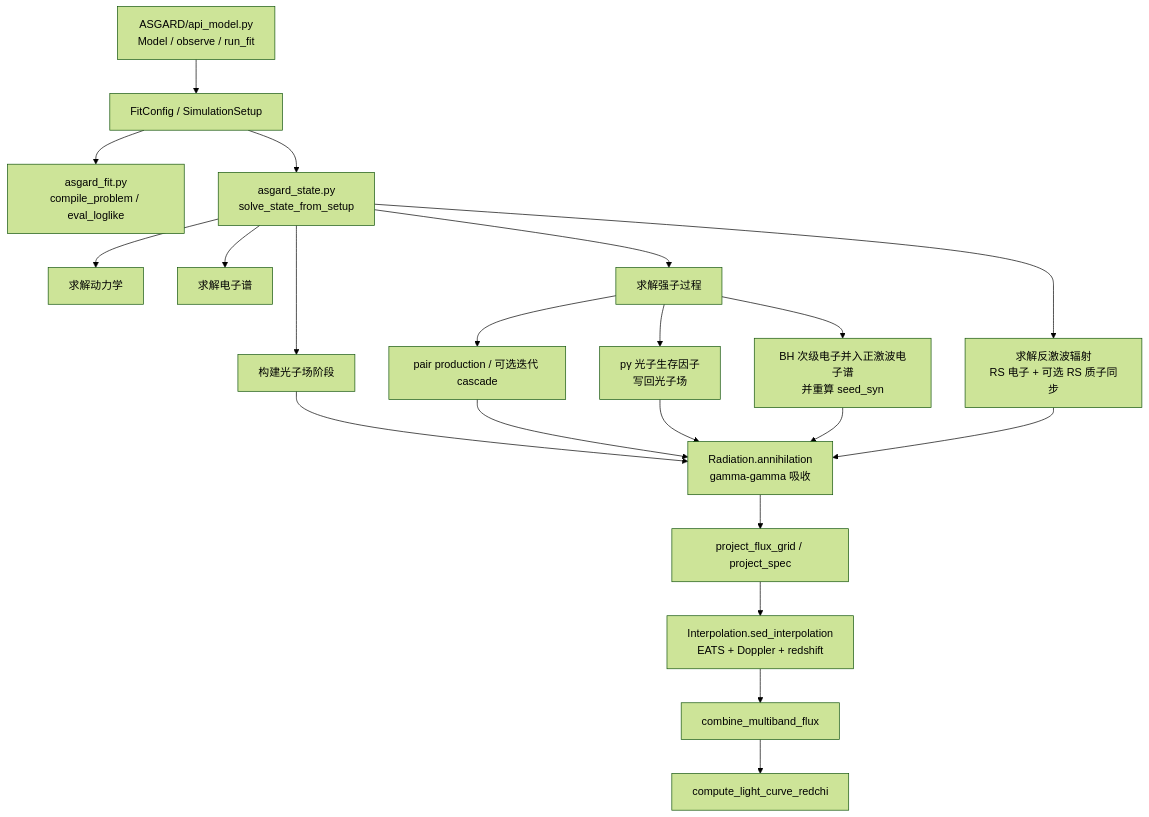
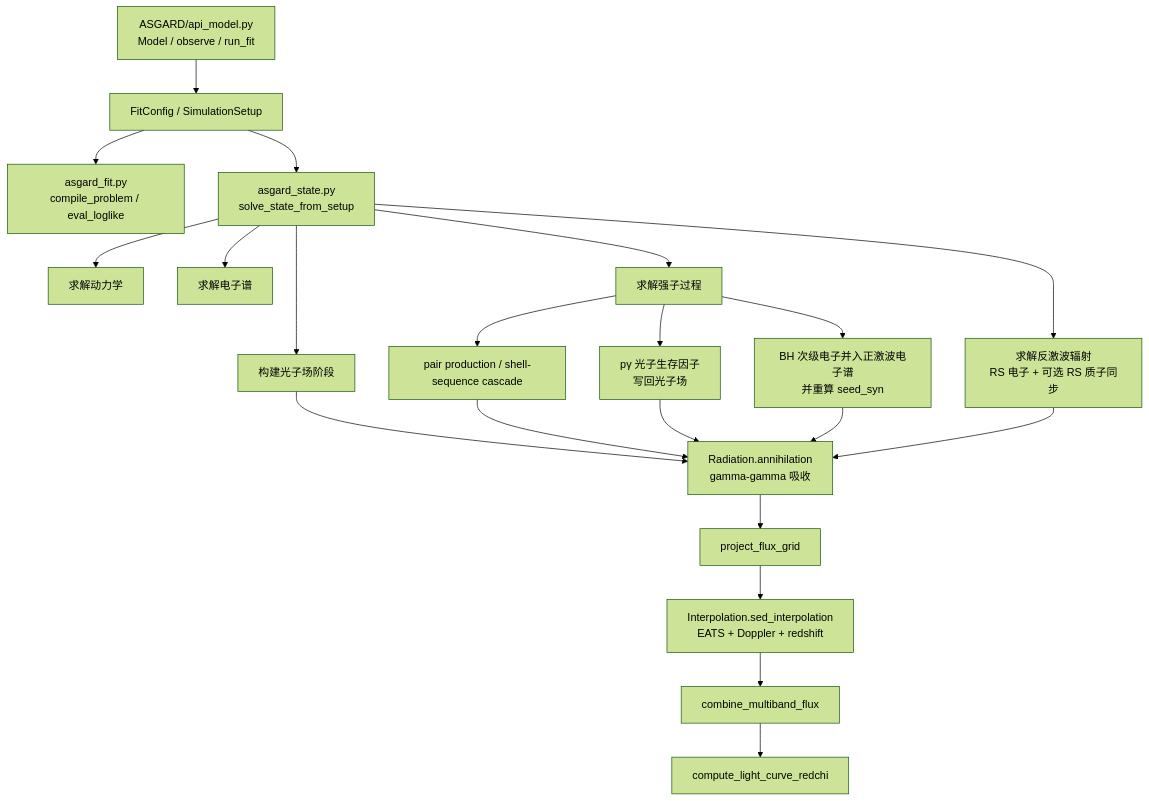
The first of 2 diagrams in doc/call_chain.md (mikuru1096/ASGARD_GRBAfterglow), drawn with Mermaid (forest theme) before and after one commit. The commit also changed 19 other files, not shown here.

````diff
--- a/doc/call_chain.md
+++ b/doc/call_chain.md
@@ -5,23 +5,23 @@
 ```mermaid
 flowchart TD
     A["ASGARD/api_model.py\nModel / observe / run_fit"] --> B["FitConfig / SimulationSetup"]
     B --> C["asgard_fit.py\ncompile_problem / eval_loglike"]
     B --> D["asgard_state.py\nsolve_state_from_setup"]
     D --> E["求解动力学"]
     D --> F["求解电子谱"]
     D --> G["求解反激波辐射\nRS 电子 + 可选 RS 质子同步"]
     D --> H["构建光子场阶段"]
     D --> I["求解强子过程"]
     I --> J["BH 次级电子并入正激波电子谱\n并重算 seed_syn"]
     I --> K["pγ 光子生存因子\n写回光子场"]
-    I --> Q["pair production / 可选迭代 cascade"]
+    I --> Q["pair production / shell-sequence cascade"]
     H --> L["Radiation.annihilation\ngamma-gamma 吸收"]
     Q --> L
     K --> L
     J --> L
     G --> L
-    L --> M["project_flux_grid / project_spec"]
+    L --> M["project_flux_grid"]
     M --> N["Interpolation.sed_interpolation\nEATS + Doppler + redshift"]
     N --> O["combine_multiband_flux"]
     O --> P["compute_light_curve_redchi"]
 ```
````
